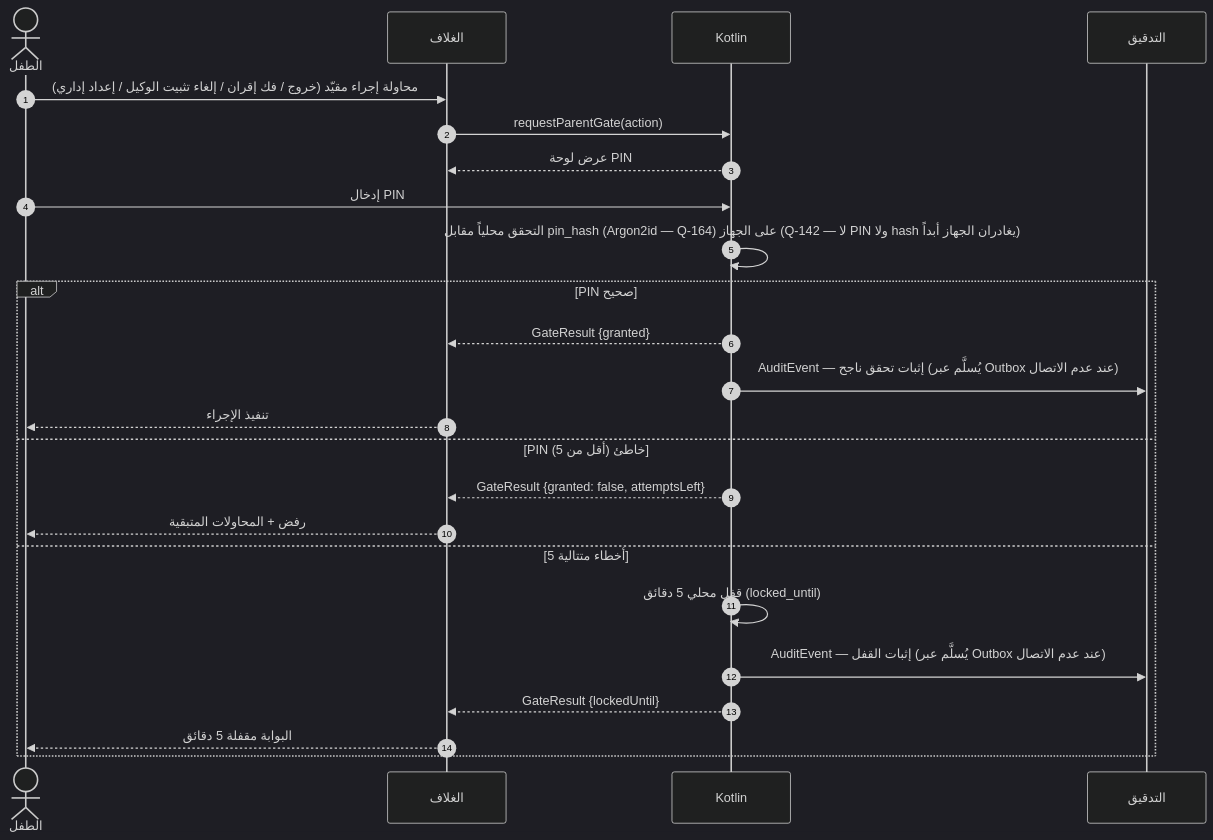
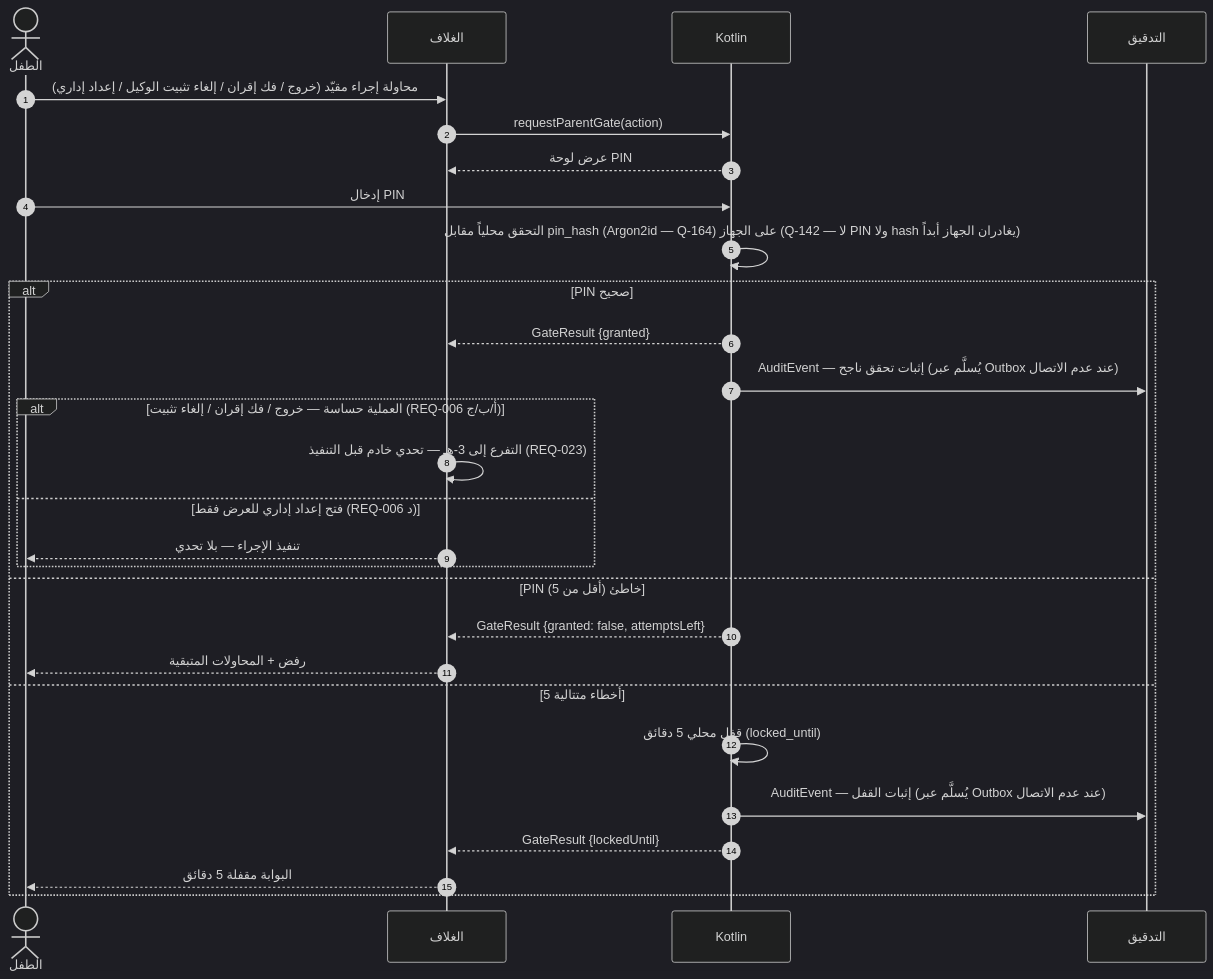
The fourth of 13 diagrams in docs/family-os/governance/phases/phase-1/S1-01-app-shell-and-platform/DIAGRAMS.md (Bassam-mohammed-alqaeadi/family-os-v2), drawn with Mermaid (dark theme) before and after one commit. The commit also changed other lines of this file and 3 other files, not shown here.

````diff
--- a/docs/family-os/governance/phases/phase-1/S1-01-app-shell-and-platform/DIAGRAMS.md
+++ b/docs/family-os/governance/phases/phase-1/S1-01-app-shell-and-platform/DIAGRAMS.md
@@ -177,26 +221,30 @@
 ```mermaid
 sequenceDiagram
     autonumber
     actor Child as الطفل
     participant Shell as الغلاف
     participant K as Kotlin
     participant Audit as التدقيق
     Child->>Shell: محاولة إجراء مقيّد (خروج / فك إقران / إلغاء تثبيت الوكيل / إعداد إداري)
     Shell->>K: requestParentGate(action)
     K-->>Shell: عرض لوحة PIN
     Child->>K: إدخال PIN
     K->>K: التحقق محلياً مقابل pin_hash (Argon2id — Q-164) على الجهاز (Q-142 — لا PIN ولا hash يغادران الجهاز أبداً)
     alt PIN صحيح
         K-->>Shell: GateResult {granted}
         K->>Audit: AuditEvent — إثبات تحقق ناجح (يُسلَّم عبر Outbox عند عدم الاتصال)
-        Shell-->>Child: تنفيذ الإجراء
+        alt العملية حساسة — خروج / فك إقران / إلغاء تثبيت (REQ-006 أ/ب/ج)
+            Shell->>Shell: التفرع إلى 3-هـ — تحدي خادم قبل التنفيذ (REQ-023)
+        else فتح إعداد إداري للعرض فقط (REQ-006 د)
+            Shell-->>Child: تنفيذ الإجراء — بلا تحدي
+        end
     else PIN خاطئ (أقل من 5)
         K-->>Shell: GateResult {granted: false, attemptsLeft}
         Shell-->>Child: رفض + المحاولات المتبقية
     else 5 أخطاء متتالية
         K->>K: قفل محلي 5 دقائق (locked_until)
         K->>Audit: AuditEvent — إثبات القفل (يُسلَّم عبر Outbox عند عدم الاتصال)
         K-->>Shell: GateResult {lockedUntil}
         Shell-->>Child: البوابة مقفلة 5 دقائق
     end
 ```
````
